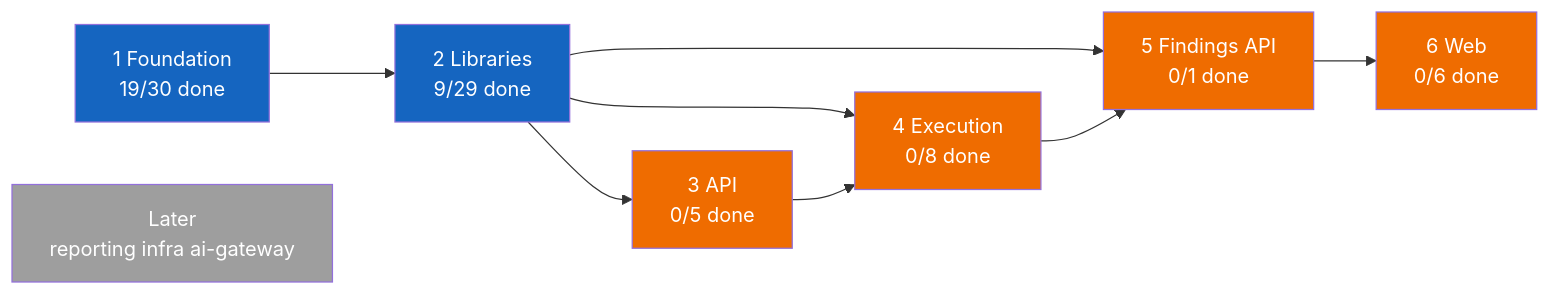
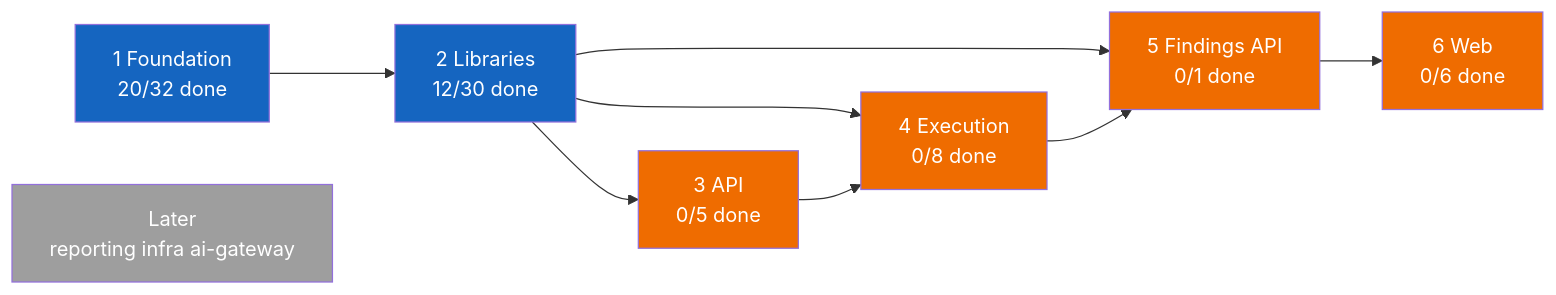
The first of 2 diagrams in PROGRESS.md (vulcanflow/docs), drawn with Mermaid before and after one commit. The commit also changed other lines of this file and 1 other file, not shown here.

````diff
--- a/PROGRESS.md
+++ b/PROGRESS.md
@@ -24,31 +24,31 @@
 ```mermaid
 flowchart LR
-  P1["1 Foundation<br/>19/30 done"]
-  P2["2 Libraries<br/>9/29 done"]
+  P1["1 Foundation<br/>20/32 done"]
+  P2["2 Libraries<br/>12/30 done"]
   P3["3 API<br/>0/5 done"]
   P4["4 Execution<br/>0/8 done"]
   P5["5 Findings API<br/>0/1 done"]
   P6["6 Web<br/>0/6 done"]
   L["Later<br/>reporting infra ai-gateway"]
 
   P1 --> P2
   P2 --> P3
   P2 --> P4
   P3 --> P4
   P2 --> P5
   P4 --> P5
   P5 --> P6
 
   classDef done fill:#2e7d32,color:#fff
   classDef active fill:#1565c0,color:#fff
   classDef held fill:#9e9e9e,color:#fff
   classDef blocked fill:#ef6c00,color:#fff
 
   class P1 active
   class P2 active
   class P3 blocked
   class P4 blocked
   class P5 blocked
   class P6 blocked
   class L held
 ```
````
